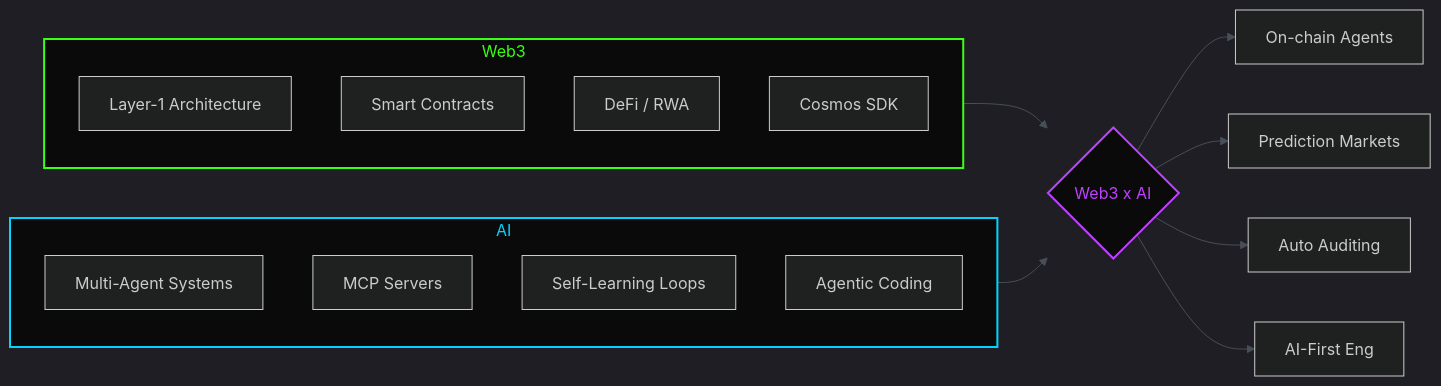
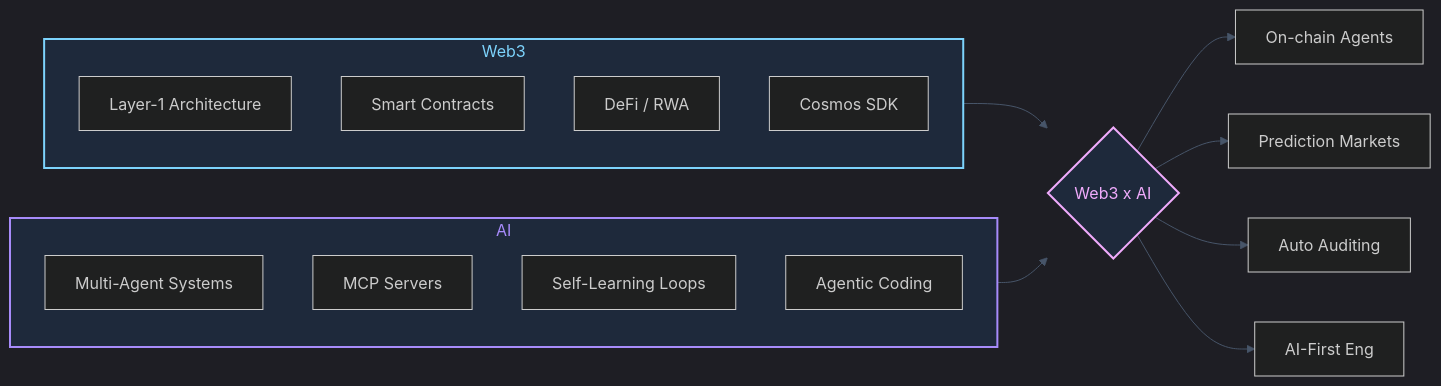
One commit to Aboudjem/aboudjem changed the diagram in README.md. Above: the diagram before and after it, drawn with Mermaid. The commit also changed other lines of this file, not shown here.

````diff
--- a/README.md
+++ b/README.md
@@ -179,29 +179,29 @@
 ```mermaid
-%%{init: {'theme': 'dark', 'themeVariables': { 'primaryColor': '#0a0a0a', 'primaryTextColor': '#39FF14', 'primaryBorderColor': '#39FF14', 'lineColor': '#484f58', 'secondaryColor': '#0a0a0a', 'tertiaryColor': '#0a0a0a', 'fontFamily': 'system-ui, sans-serif'}}}%%
+%%{init: {'theme': 'dark', 'themeVariables': { 'primaryColor': '#1e293b', 'primaryTextColor': '#e2e8f0', 'primaryBorderColor': '#7dd3fc', 'lineColor': '#475569', 'secondaryColor': '#1e293b', 'tertiaryColor': '#1e293b', 'fontFamily': 'system-ui, sans-serif'}}}%%
 graph LR
     subgraph Web3["Web3"]
         W1[Layer-1 Architecture]
         W2[Smart Contracts]
         W3[DeFi / RWA]
         W4[Cosmos SDK]
     end
 
     subgraph AI["AI"]
         A1[Multi-Agent Systems]
         A2[MCP Servers]
         A3[Self-Learning Loops]
         A4[Agentic Coding]
     end
 
     Web3 --> C{Web3 x AI}
     AI --> C
 
     C --> D1[On-chain Agents]
     C --> D2[Prediction Markets]
     C --> D3[Auto Auditing]
     C --> D4[AI-First Eng]
 
-    style Web3 fill:#0a0a0a,stroke:#39FF14,stroke-width:2px,color:#39FF14
-    style AI fill:#0a0a0a,stroke:#00D4FF,stroke-width:2px,color:#00D4FF
-    style C fill:#0a0a0a,stroke:#BF40FF,stroke-width:2px,color:#BF40FF
+    style Web3 fill:#1e293b,stroke:#7dd3fc,stroke-width:2px,color:#7dd3fc
+    style AI fill:#1e293b,stroke:#a78bfa,stroke-width:2px,color:#a78bfa
+    style C fill:#1e293b,stroke:#f0abfc,stroke-width:2px,color:#f0abfc
 ```
````
